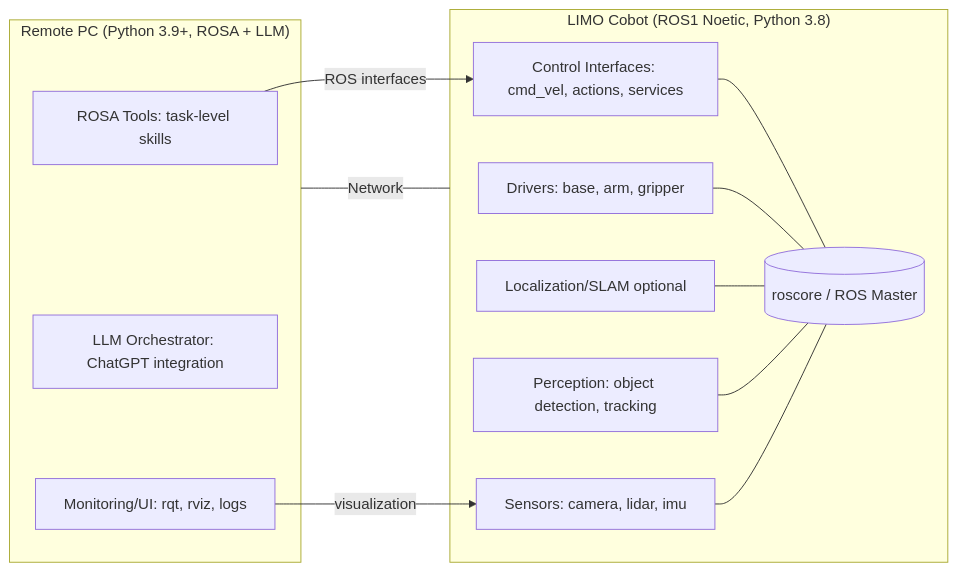
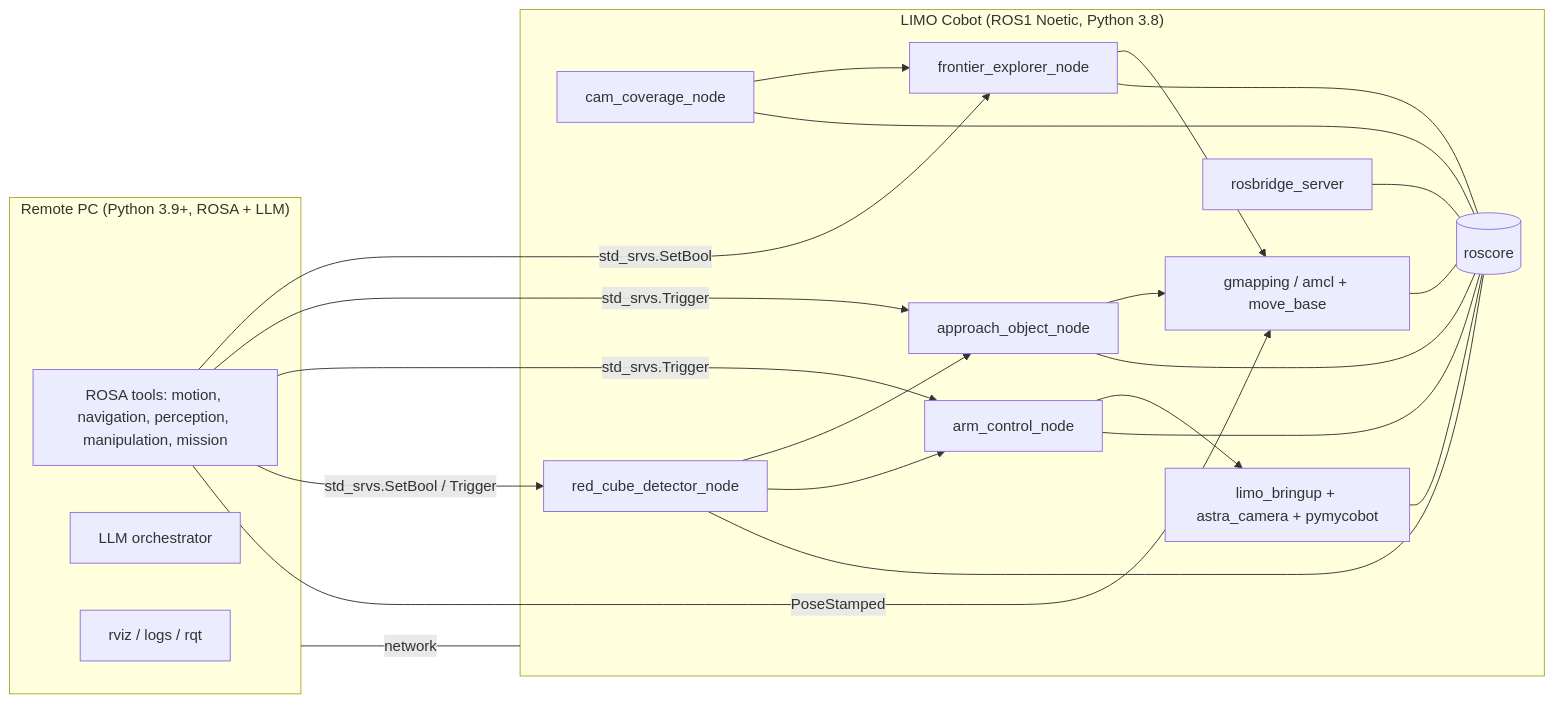
The diagram in docs/architecture/architecture-robot-remote.md (JGrootBramel/llm-controlled-robots), drawn with Mermaid before and after one commit. The commit also changed other lines of this file and 45 other files, not shown here.

````diff
--- a/docs/architecture/architecture-robot-remote.md
+++ b/docs/architecture/architecture-robot-remote.md
@@ -24,26 +24,41 @@
 ```mermaid
 flowchart LR
   subgraph Robot["LIMO Cobot (ROS1 Noetic, Python 3.8)"]
-    R1[Drivers: base, arm, gripper]
-    R2[Sensors: camera, lidar, imu]
-    R3[Localization/SLAM optional]
-    R4[Perception: object detection, tracking]
-    R5[Control Interfaces: cmd_vel, actions, services]
-    RM[(roscore / ROS Master)]
+    Drivers[limo_bringup + astra_camera + pymycobot]
+    Nav[gmapping / amcl + move_base]
+    CAM[cam_coverage_node]
+    FX[frontier_explorer_node]
+    RCD[red_cube_detector_node]
+    APP[approach_object_node]
+    ARM[arm_control_node]
+    BRIDGE[rosbridge_server]
+    RM[(roscore)]
   end
 
   subgraph Remote["Remote PC (Python 3.9+, ROSA + LLM)"]
-    P1[ROSA Tools: task-level skills]
-    P2[LLM Orchestrator: ChatGPT integration]
-    P3[Monitoring/UI: rqt, rviz, logs]
+    ROSA[ROSA tools: motion, navigation, perception, manipulation, mission]
+    LLM[LLM orchestrator]
+    UI[rviz / logs / rqt]
   end
 
-  Remote ---| Network | Robot
-  P1 -->|ROS interfaces| R5
-  P3 -->|visualization| R2
-  R1 --- RM
-  R2 --- RM
-  R3 --- RM
-  R4 --- RM
-  R5 --- RM
+  Remote ---|network| Robot
+  ROSA -->|std_srvs.SetBool| FX
+  ROSA -->|std_srvs.Trigger| APP
+  ROSA -->|std_srvs.Trigger| ARM
+  ROSA -->|std_srvs.SetBool / Trigger| RCD
+  ROSA -->|PoseStamped| Nav
+  CAM --> FX
+  FX --> Nav
+  RCD --> APP
+  RCD --> ARM
+  APP --> Nav
+  ARM --> Drivers
+  Drivers --- RM
+  Nav --- RM
+  CAM --- RM
+  FX --- RM
+  RCD --- RM
+  APP --- RM
+  ARM --- RM
+  BRIDGE --- RM
 ```
````
